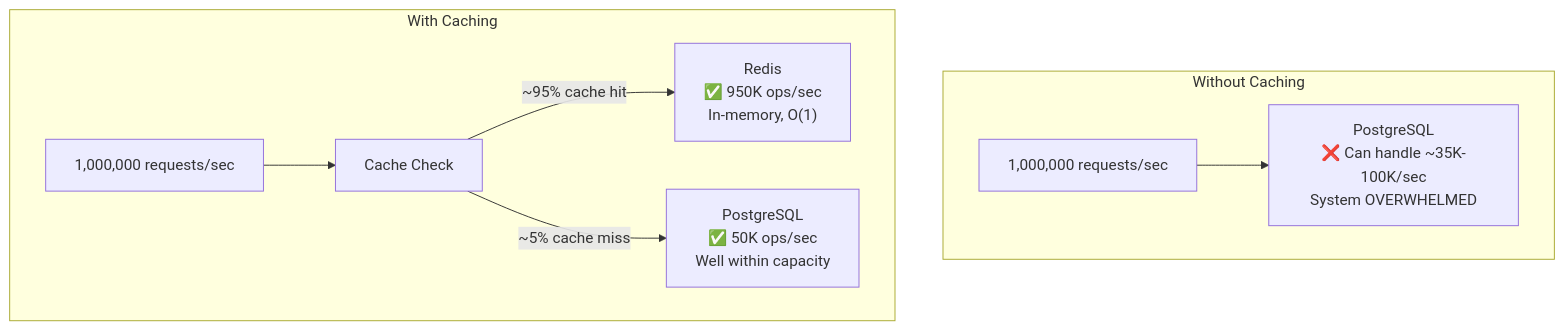
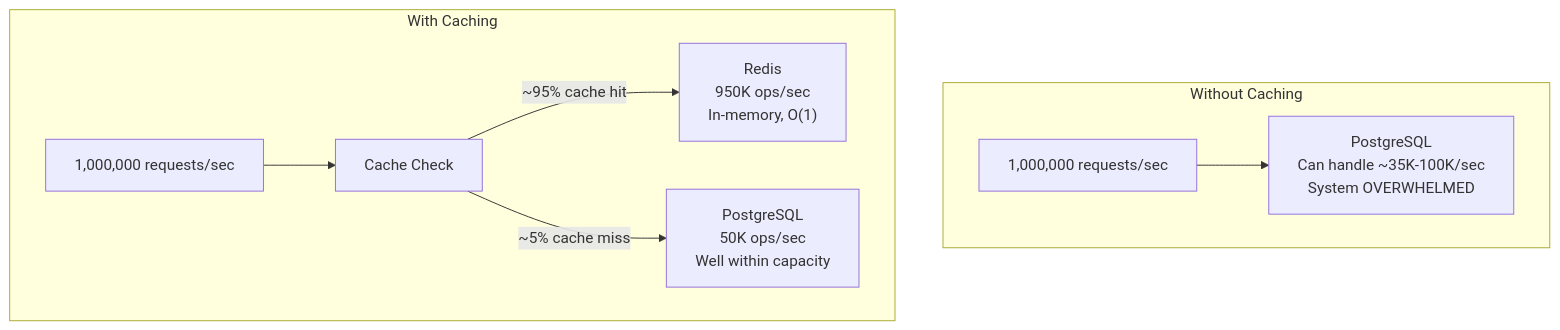
One commit to Vtheonly/Obsidian_Notes changed the first of 4 diagrams in SWE/System Design/1 Million RPS Knowledge/Chapter 11. Database Scaling Strategies/11.5 Caching with Redis.md. Above: the diagram before and after it, drawn with Mermaid. The commit also changed other lines of this file and 1506 other files, not shown here.

````diff
--- a/SWE/System Design/1 Million RPS Knowledge/Chapter 11. Database Scaling Strategies/11.5 Caching with Redis.md
+++ b/SWE/System Design/1 Million RPS Knowledge/Chapter 11. Database Scaling Strategies/11.5 Caching with Redis.md
@@ -11,11 +11,11 @@
 ```mermaid
 graph TD
     subgraph "Without Caching"
-        R1["1,000,000 requests/sec"] --> PG1["PostgreSQL<br/>❌ Can handle ~35K-100K/sec<br/>System OVERWHELMED"]
+        R1["1,000,000 requests/sec"] --> PG1["PostgreSQL<br/> Can handle ~35K-100K/sec<br/>System OVERWHELMED"]
     end
     subgraph "With Caching"
         R2["1,000,000 requests/sec"] --> LB["Cache Check"]
-        LB -->|"~95% cache hit"| Redis["Redis<br/>✅ 950K ops/sec<br/>In-memory, O(1)"]
-        LB -->|"~5% cache miss"| PG2["PostgreSQL<br/>✅ 50K ops/sec<br/>Well within capacity"]
+        LB -->|"~95% cache hit"| Redis["Redis<br/> 950K ops/sec<br/>In-memory, O(1)"]
+        LB -->|"~5% cache miss"| PG2["PostgreSQL<br/> 50K ops/sec<br/>Well within capacity"]
     end
 ```
````
